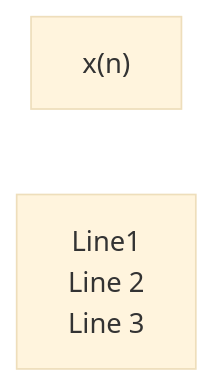
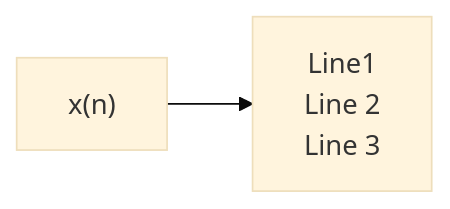
Before and after one commit to valiha-com/dasp_tutorial: the diagram in README.md, drawn with Mermaid (base theme).

````diff
--- a/README.md
+++ b/README.md
@@ -62,9 +62,9 @@
 ```mermaid
 %%{init: {"flowchart": {"htmlLabels": false}} }%%
 flowchart LR
     markdown["`  x(n)  `"]
     newLines["`Line1
     Line 2
     Line 3`"]
-    markdown["`  x(n)  `"]
+    markdown["`  x(n)  `"] --> newLines
 ```
````
